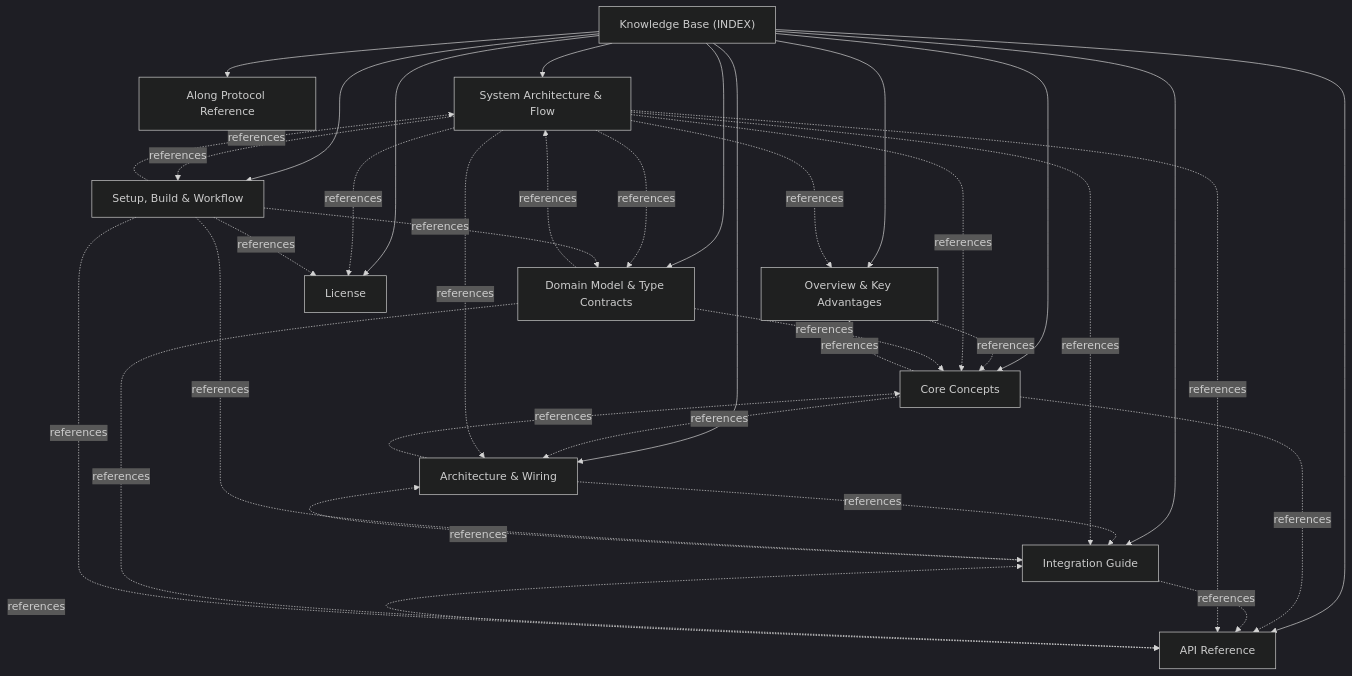
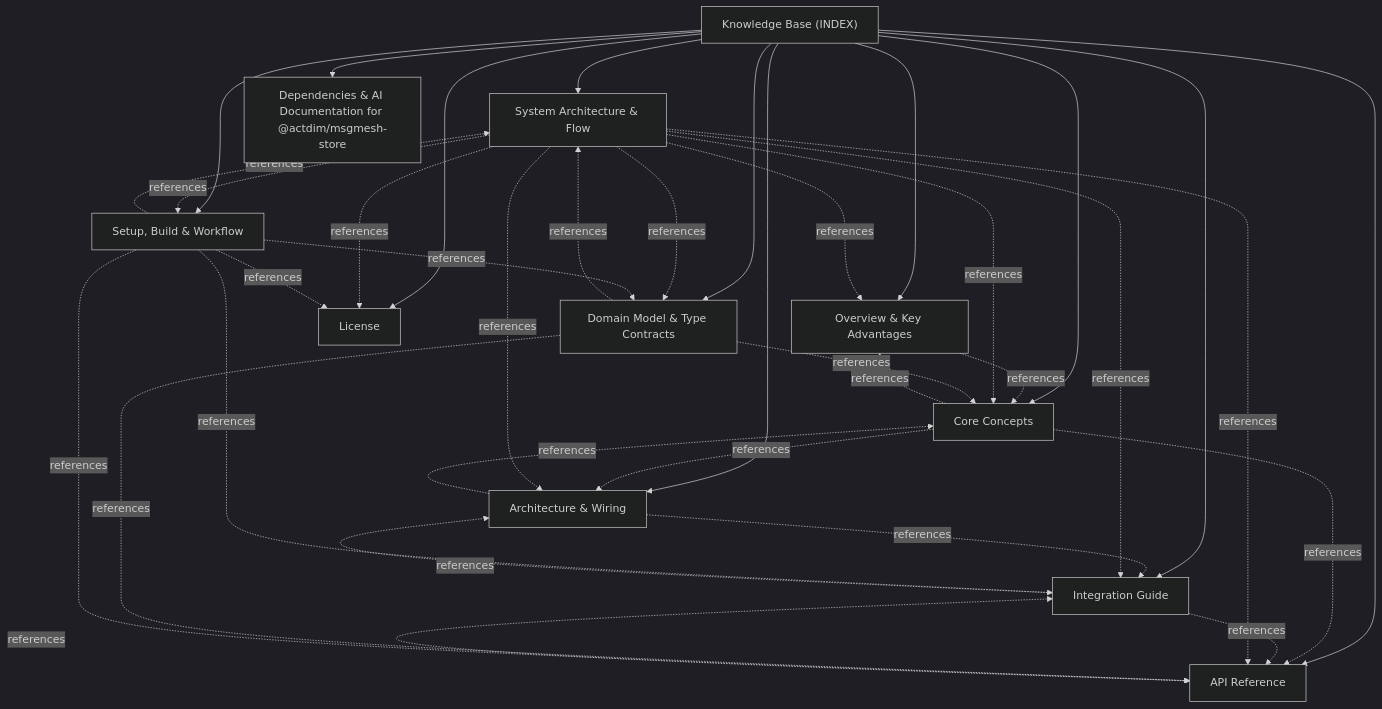
The diagram in docs/INDEX.md (actdim/msgmesh-store), drawn with Mermaid (dark theme) before and after one commit. The commit also changed other lines of this file and 5 other files, not shown here.

Commit message:
docs: sync issues, dependencies and knowledge base index (refs #adopt-dev-config)

````diff
--- a/docs/INDEX.md
+++ b/docs/INDEX.md
@@ -17,49 +17,49 @@
 ```mermaid
 flowchart TD
     INDEX["Knowledge Base (INDEX)"]
     T_01_OVERVIEW_AND_ADVANTAGES["Overview & Key Advantages"]
     INDEX --> T_01_OVERVIEW_AND_ADVANTAGES
     T_02_CORE_CONCEPTS["Core Concepts"]
     INDEX --> T_02_CORE_CONCEPTS
     T_03_ARCHITECTURE_AND_WIRING["Architecture & Wiring"]
     INDEX --> T_03_ARCHITECTURE_AND_WIRING
     T_04_INTEGRATION_GUIDE["Integration Guide"]
     INDEX --> T_04_INTEGRATION_GUIDE
     T_05_API_REFERENCE["API Reference"]
     INDEX --> T_05_API_REFERENCE
-    T_ALONG_PROTOCOL["Along Protocol Reference"]
-    INDEX --> T_ALONG_PROTOCOL
     T_ARCHITECTURE["System Architecture & Flow"]
     INDEX --> T_ARCHITECTURE
+    T_DEPENDENCIES["Dependencies & AI Documentation for @actdim/msgmesh-store"]
+    INDEX --> T_DEPENDENCIES
     T_DOMAIN_MODEL["Domain Model & Type Contracts"]
     INDEX --> T_DOMAIN_MODEL
     T_LICENSE["License"]
     INDEX --> T_LICENSE
     T_SETUP_AND_WORKFLOW["Setup, Build & Workflow"]
     INDEX --> T_SETUP_AND_WORKFLOW
     T_01_OVERVIEW_AND_ADVANTAGES -.->|references| T_02_CORE_CONCEPTS
     T_02_CORE_CONCEPTS -.->|references| T_01_OVERVIEW_AND_ADVANTAGES
     T_02_CORE_CONCEPTS -.->|references| T_03_ARCHITECTURE_AND_WIRING
     T_02_CORE_CONCEPTS -.->|references| T_05_API_REFERENCE
     T_03_ARCHITECTURE_AND_WIRING -.->|references| T_02_CORE_CONCEPTS
     T_03_ARCHITECTURE_AND_WIRING -.->|references| T_04_INTEGRATION_GUIDE
     T_04_INTEGRATION_GUIDE -.->|references| T_03_ARCHITECTURE_AND_WIRING
     T_04_INTEGRATION_GUIDE -.->|references| T_05_API_REFERENCE
     T_05_API_REFERENCE -.->|references| T_04_INTEGRATION_GUIDE
     T_ARCHITECTURE -.->|references| T_03_ARCHITECTURE_AND_WIRING
     T_ARCHITECTURE -.->|references| T_01_OVERVIEW_AND_ADVANTAGES
     T_ARCHITECTURE -.->|references| T_02_CORE_CONCEPTS
     T_ARCHITECTURE -.->|references| T_04_INTEGRATION_GUIDE
     T_ARCHITECTURE -.->|references| T_05_API_REFERENCE
     T_ARCHITECTURE -.->|references| T_DOMAIN_MODEL
     T_ARCHITECTURE -.->|references| T_SETUP_AND_WORKFLOW
     T_ARCHITECTURE -.->|references| T_LICENSE
     T_DOMAIN_MODEL -.->|references| T_05_API_REFERENCE
     T_DOMAIN_MODEL -.->|references| T_ARCHITECTURE
     T_DOMAIN_MODEL -.->|references| T_02_CORE_CONCEPTS
     T_SETUP_AND_WORKFLOW -.->|references| T_ARCHITECTURE
     T_SETUP_AND_WORKFLOW -.->|references| T_DOMAIN_MODEL
     T_SETUP_AND_WORKFLOW -.->|references| T_04_INTEGRATION_GUIDE
     T_SETUP_AND_WORKFLOW -.->|references| T_05_API_REFERENCE
     T_SETUP_AND_WORKFLOW -.->|references| T_LICENSE
 ```
````
